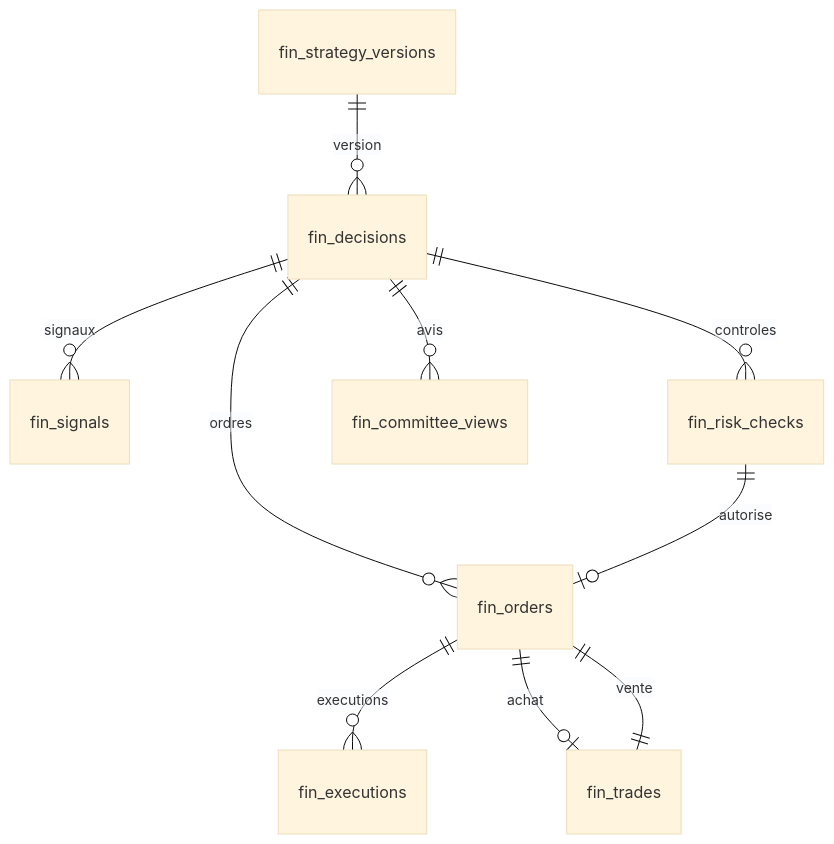
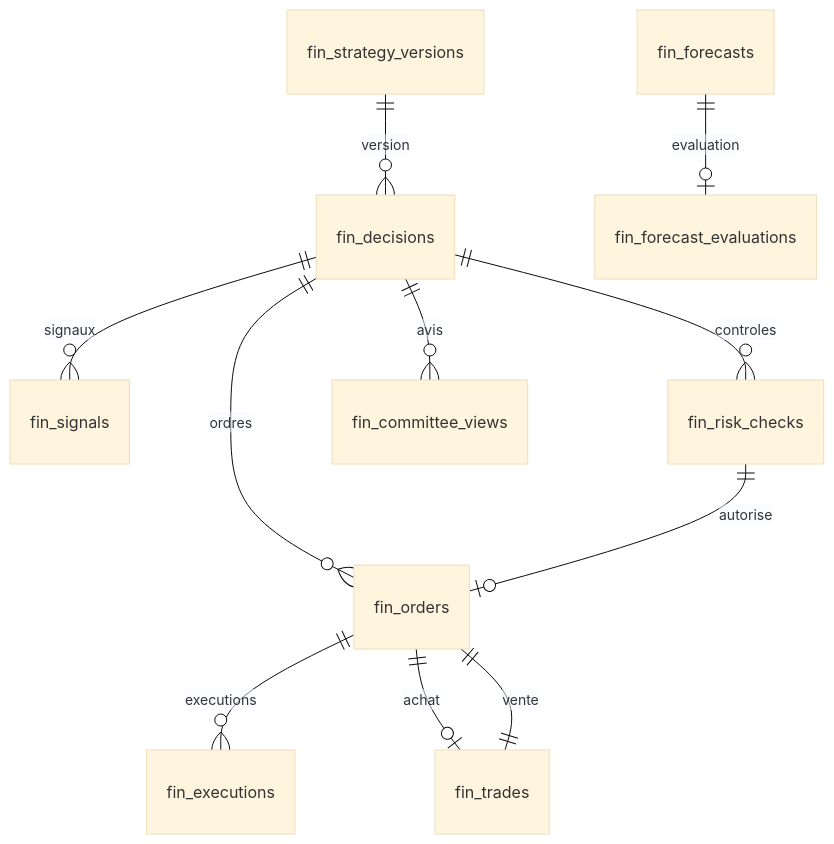
The diagram in docs/DONNEES.md (Ncloclo/Ncloclo), drawn with Mermaid (base theme) before and after one commit. The commit also changed other lines of this file and 22 other files, not shown here.

````diff
--- a/docs/DONNEES.md
+++ b/docs/DONNEES.md
@@ -5,12 +5,13 @@
 ```mermaid
 erDiagram
     fin_strategy_versions ||--o{ fin_decisions : version
     fin_decisions ||--o{ fin_signals : signaux
     fin_decisions ||--o{ fin_risk_checks : controles
     fin_decisions ||--o{ fin_orders : ordres
     fin_risk_checks ||--o| fin_orders : autorise
     fin_orders ||--o{ fin_executions : executions
     fin_orders ||--o| fin_trades : achat
     fin_orders ||--|| fin_trades : vente
     fin_decisions ||--o{ fin_committee_views : avis
+    fin_forecasts ||--o| fin_forecast_evaluations : evaluation
 ```
````
